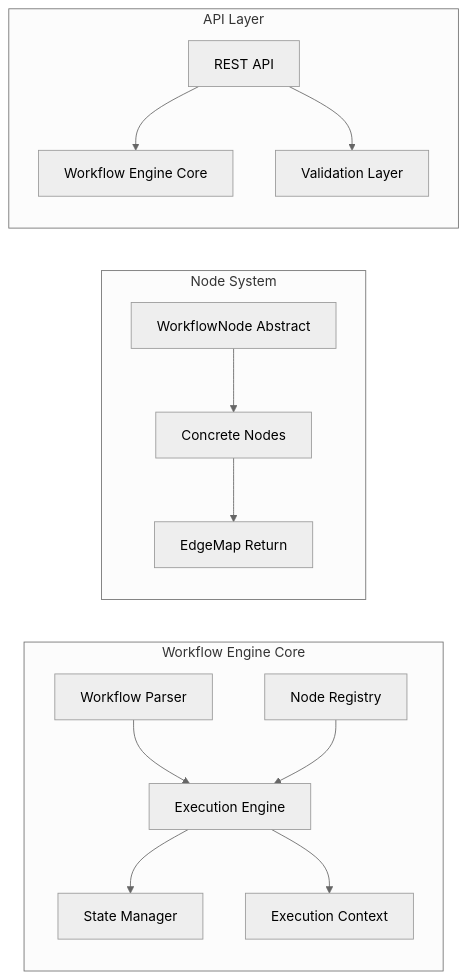
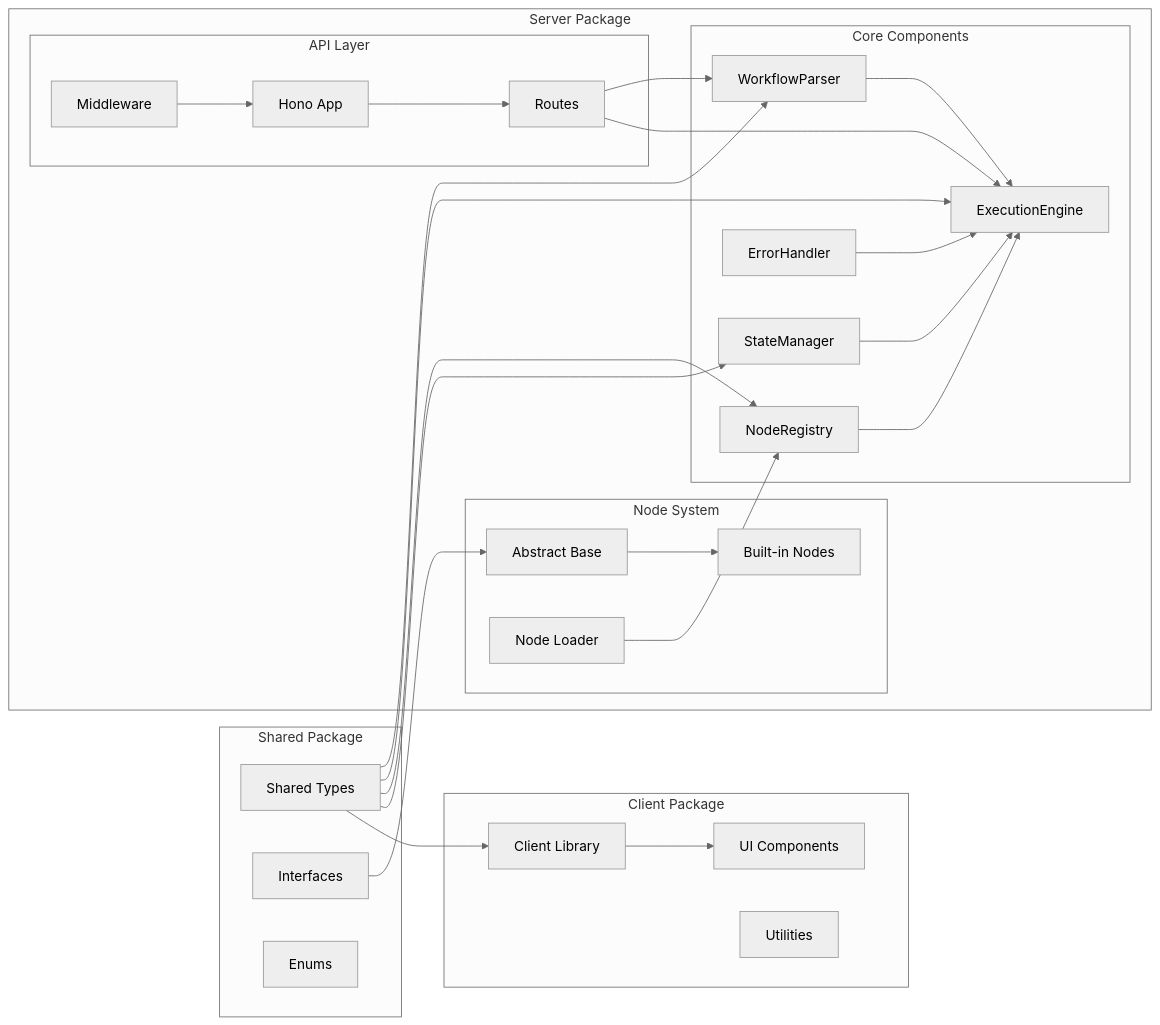
Before and after one commit to Narcis13/workscript: the second of 3 diagrams in .kiro/specs/json-workflow-engine/design.md, drawn with Mermaid (neutral theme). The commit also changed other lines of this file and 15 other files, not shown here.

````diff
--- a/.kiro/specs/json-workflow-engine/design.md
+++ b/.kiro/specs/json-workflow-engine/design.md
@@ -34,19 +62,54 @@
 ```mermaid
 graph LR
-    subgraph "Workflow Engine Core"
-        WP[Workflow Parser] --> EE[Execution Engine]
-        NR[Node Registry] --> EE
-        EE --> SM[State Manager]
-        EE --> EC[Execution Context]
+    subgraph "Shared Package"
+        ST[Shared Types]
+        I[Interfaces]
+        E[Enums]
     end
     
-    subgraph "Node System"
-        WN[WorkflowNode Abstract] --> CN[Concrete Nodes]
-        CN --> EM[EdgeMap Return]
+    subgraph "Server Package"
+        subgraph "Core Components"
+            WPC[WorkflowParser]
+            EEC[ExecutionEngine]
+            NRC[NodeRegistry]
+            SMC[StateManager]
+            EH[ErrorHandler]
+        end
+        
+        subgraph "API Layer"
+            HA[Hono App]
+            R[Routes]
+            M[Middleware]
+        end
+        
+        subgraph "Node System"
+            AB[Abstract Base]
+            BN[Built-in Nodes]
+            NL[Node Loader]
+        end
     end
     
-    subgraph "API Layer"
-        RA[REST API] --> WE[Workflow Engine Core]
-        RA --> VL[Validation Layer]
+    subgraph "Client Package"
+        CL[Client Library]
+        UI[UI Components]
+        UT[Utilities]
     end
+    
+    ST --> WPC
+    ST --> EEC
+    ST --> NRC
+    ST --> SMC
+    I --> AB
+    AB --> BN
+    NL --> NRC
+    WPC --> EEC
+    NRC --> EEC
+    SMC --> EEC
+    EH --> EEC
+    HA --> R
+    R --> WPC
+    R --> EEC
+    M --> HA
+    ST --> CL
+    CL --> UI
 ```
````
